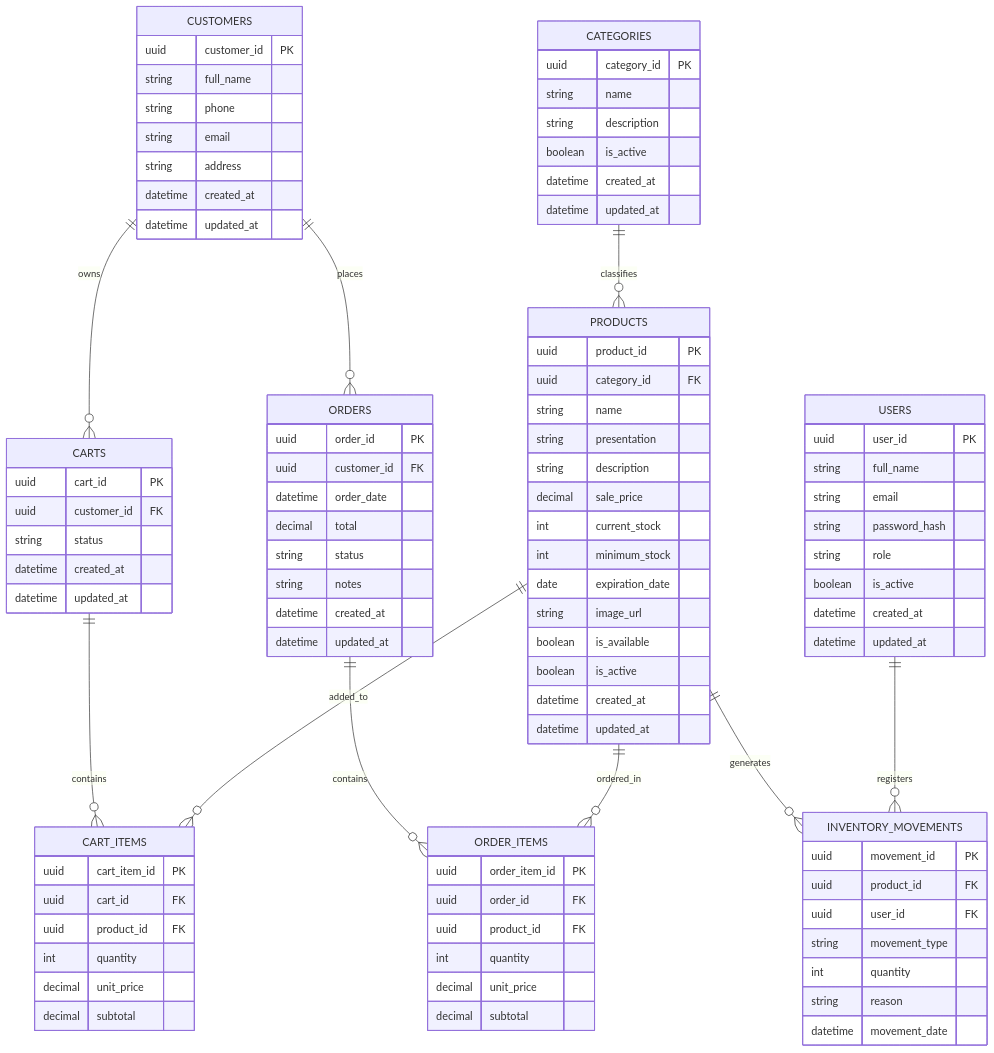
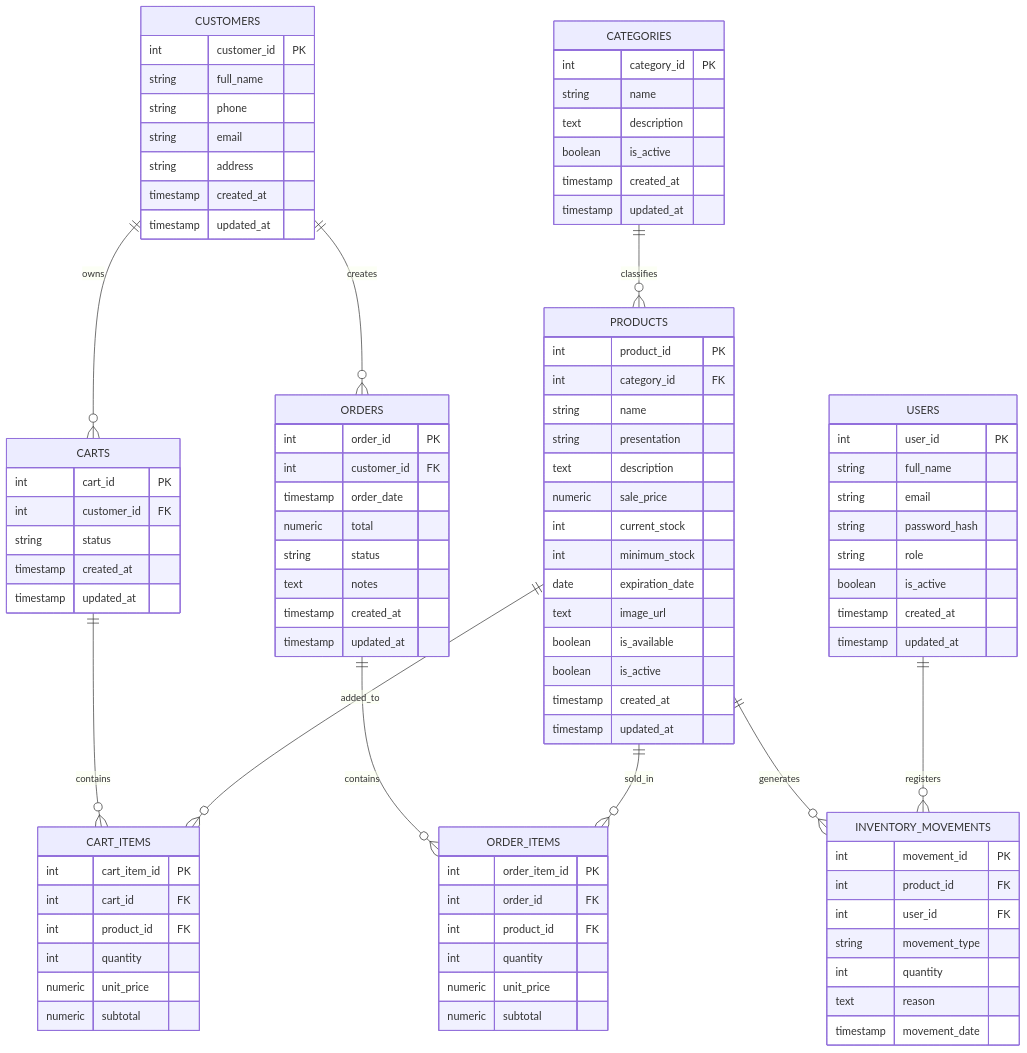
One commit to kleyderBackend/farmagest-vital changed the second of 2 diagrams in docs/Diagrama-entidad-relacion-db.md. Above: the diagram before and after it, drawn with Mermaid. The commit also changed other lines of this file and 21 other files, not shown here.

````diff
--- a/docs/Diagrama-entidad-relacion-db.md
+++ b/docs/Diagrama-entidad-relacion-db.md
@@ -66,106 +63,106 @@
 ```mermaid
 erDiagram
     USERS {
-        uuid user_id PK
+        int user_id PK
         string full_name
         string email
         string password_hash
         string role
         boolean is_active
-        datetime created_at
-        datetime updated_at
+        timestamp created_at
+        timestamp updated_at
     }
 
     CATEGORIES {
-        uuid category_id PK
+        int category_id PK
         string name
-        string description
+        text description
         boolean is_active
-        datetime created_at
-        datetime updated_at
+        timestamp created_at
+        timestamp updated_at
     }
 
     PRODUCTS {
-        uuid product_id PK
-        uuid category_id FK
+        int product_id PK
+        int category_id FK
         string name
         string presentation
-        string description
-        decimal sale_price
+        text description
+        numeric sale_price
         int current_stock
         int minimum_stock
         date expiration_date
-        string image_url
+        text image_url
         boolean is_available
         boolean is_active
-        datetime created_at
-        datetime updated_at
+        timestamp created_at
+        timestamp updated_at
     }
 
     CUSTOMERS {
-        uuid customer_id PK
+        int customer_id PK
         string full_name
         string phone
         string email
         string address
-        datetime created_at
-        datetime updated_at
+        timestamp created_at
+        timestamp updated_at
     }
 
     CARTS {
-        uuid cart_id PK
-        uuid customer_id FK
+        int cart_id PK
+        int customer_id FK
         string status
-        datetime created_at
-        datetime updated_at
+        timestamp created_at
+        timestamp updated_at
     }
 
     CART_ITEMS {
-        uuid cart_item_id PK
-        uuid cart_id FK
-        uuid product_id FK
+        int cart_item_id PK
+        int cart_id FK
+        int product_id FK
         int quantity
-        decimal unit_price
-        decimal subtotal
+        numeric unit_price
+        numeric subtotal
     }
 
     ORDERS {
-        uuid order_id PK
-        uuid customer_id FK
-        datetime order_date
-        decimal total
+        int order_id PK
+        int customer_id FK
+        timestamp order_date
+        numeric total
         string status
-        string notes
-        datetime created_at
-        datetime updated_at
+        text notes
+        timestamp created_at
+        timestamp updated_at
     }
 
     ORDER_ITEMS {
-        uuid order_item_id PK
-        uuid order_id FK
-        uuid product_id FK
+        int order_item_id PK
+        int order_id FK
+        int product_id FK
         int quantity
-        decimal unit_price
-        decimal subtotal
+        numeric unit_price
+        numeric subtotal
     }
 
     INVENTORY_MOVEMENTS {
-        uuid movement_id PK
-        uuid product_id FK
-        uuid user_id FK
+        int movement_id PK
+        int product_id FK
+        int user_id FK
         string movement_type
         int quantity
-        string reason
-        datetime movement_date
+        text reason
+        timestamp movement_date
     }
 
     CATEGORIES ||--o{ PRODUCTS : classifies
     CUSTOMERS ||--o{ CARTS : owns
     CARTS ||--o{ CART_ITEMS : contains
     PRODUCTS ||--o{ CART_ITEMS : added_to
-    CUSTOMERS ||--o{ ORDERS : places
+    CUSTOMERS ||--o{ ORDERS : creates
     ORDERS ||--o{ ORDER_ITEMS : contains
-    PRODUCTS ||--o{ ORDER_ITEMS : ordered_in
+    PRODUCTS ||--o{ ORDER_ITEMS : sold_in
     PRODUCTS ||--o{ INVENTORY_MOVEMENTS : generates
     USERS ||--o{ INVENTORY_MOVEMENTS : registers
 ```
````
